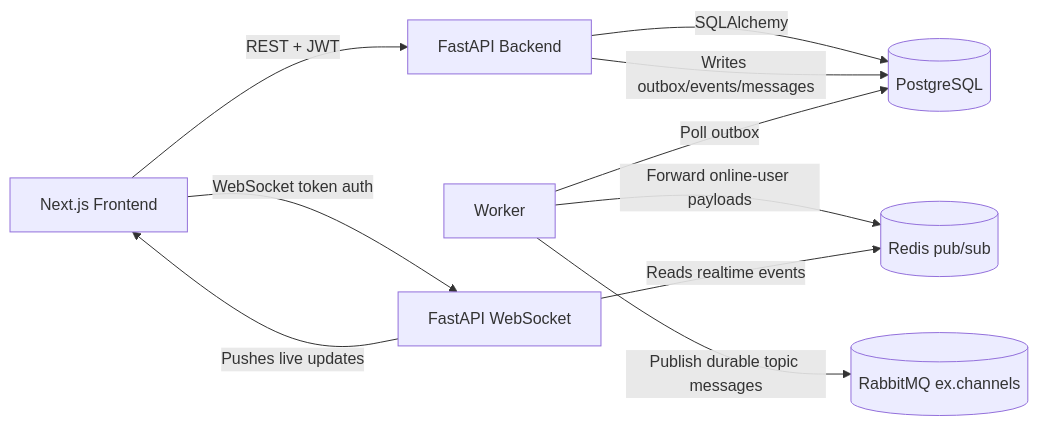
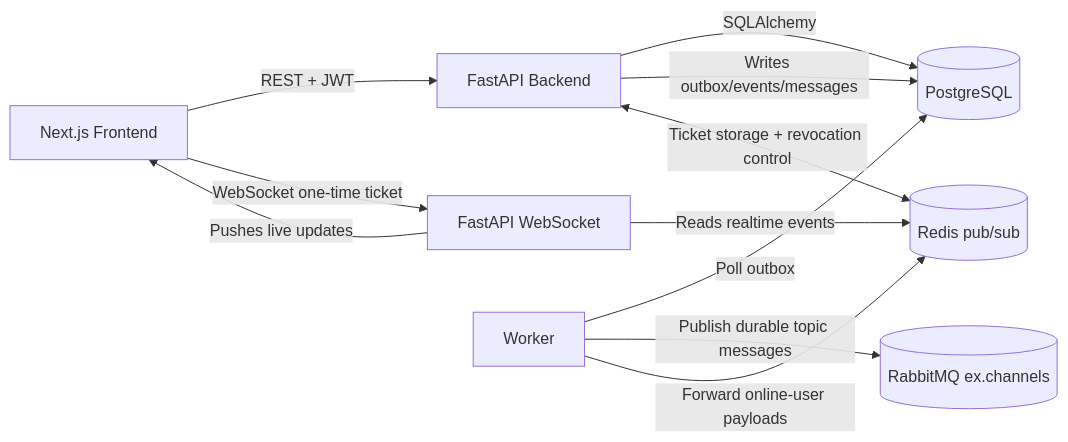
Before and after one commit to abdojat/MessagingSystem: the diagram in REPOSITORY_ASSESSMENT.md, drawn with Mermaid. The commit also changed other lines of this file and 31 other files, not shown here.

First line of the commit message:
Enhance authentication and WebSocket security

````diff
--- a/REPOSITORY_ASSESSMENT.md
+++ b/REPOSITORY_ASSESSMENT.md
@@ -141,15 +141,16 @@
 ```mermaid
 flowchart LR
   FE[Next.js Frontend] -->|REST + JWT| BE[FastAPI Backend]
-  FE -->|WebSocket token auth| WS[FastAPI WebSocket]
+  FE -->|WebSocket one-time ticket| WS[FastAPI WebSocket]
 
   BE -->|SQLAlchemy| PG[(PostgreSQL)]
   BE -->|Writes outbox/events/messages| PG
 
   WK[Worker] -->|Poll outbox| PG
   WK -->|Publish durable topic messages| RMQ[(RabbitMQ ex.channels)]
   WK -->|Forward online-user payloads| REDIS[(Redis pub/sub)]
 
   WS -->|Reads realtime events| REDIS
+  BE <-->|Ticket storage + revocation control| REDIS
   WS -->|Pushes live updates| FE
 ```
````
